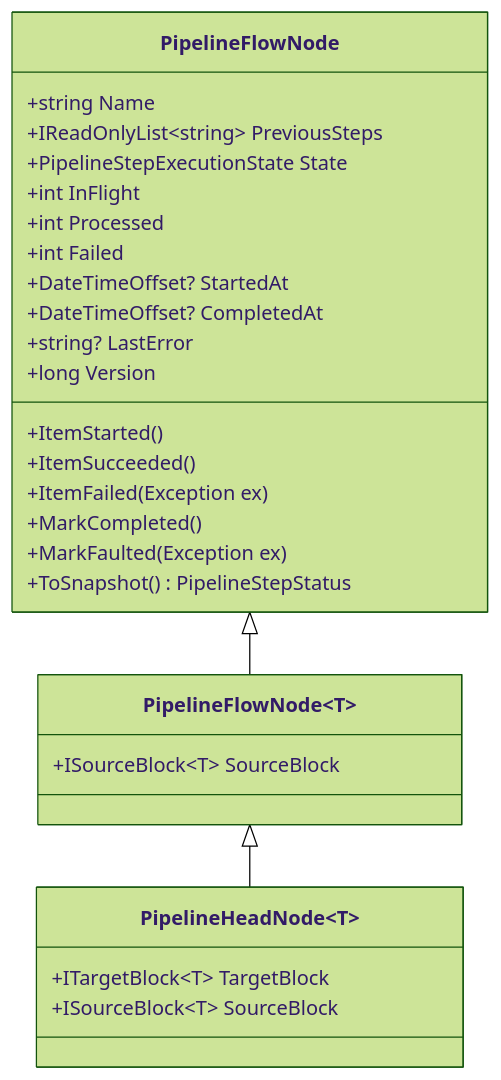
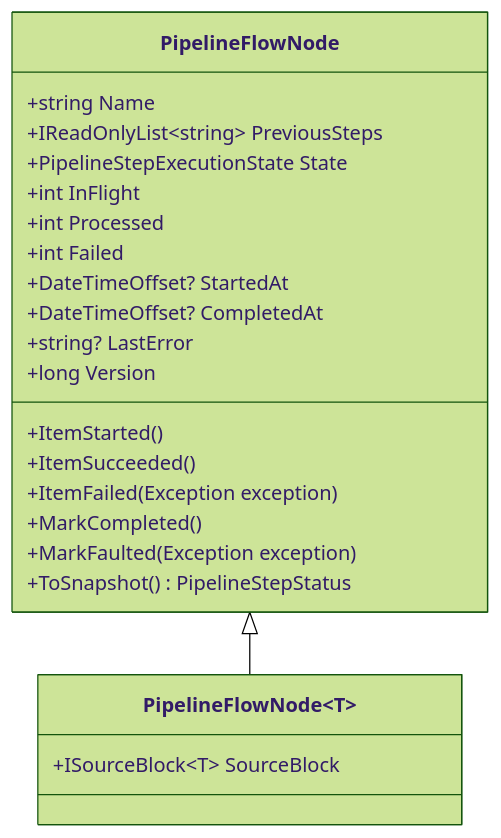
Before and after one commit to mellosilveira/Tools: the second of 3 diagrams in .agents/prompts/pipeline-monitoring-and-topology-plan.md, drawn with Mermaid (forest theme). The commit also changed other lines of this file and 36 other files, not shown here.

````diff
--- a/.agents/prompts/pipeline-monitoring-and-topology-plan.md
+++ b/.agents/prompts/pipeline-monitoring-and-topology-plan.md
@@ -113,30 +213,25 @@
 ```mermaid
 classDiagram
     class PipelineFlowNode {
         +string Name
         +IReadOnlyList~string~ PreviousSteps
         +PipelineStepExecutionState State
         +int InFlight
         +int Processed
         +int Failed
         +DateTimeOffset? StartedAt
         +DateTimeOffset? CompletedAt
         +string? LastError
         +long Version
         +ItemStarted()
         +ItemSucceeded()
-        +ItemFailed(Exception ex)
+        +ItemFailed(Exception exception)
         +MarkCompleted()
-        +MarkFaulted(Exception ex)
+        +MarkFaulted(Exception exception)
         +ToSnapshot() PipelineStepStatus
     }
     class PipelineFlowNode_T["PipelineFlowNode&lt;T&gt;"] {
         +ISourceBlock~T~ SourceBlock
     }
-    class PipelineHeadNode_T["PipelineHeadNode&lt;T&gt;"] {
-        +ITargetBlock~T~ TargetBlock
-        +ISourceBlock~T~ SourceBlock
-    }
     PipelineFlowNode <|-- PipelineFlowNode_T
-    PipelineFlowNode_T <|-- PipelineHeadNode_T
 ```
````
